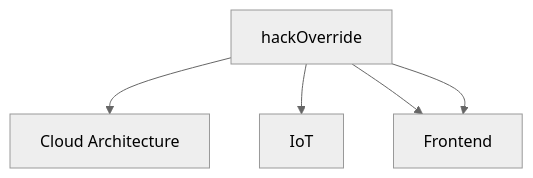
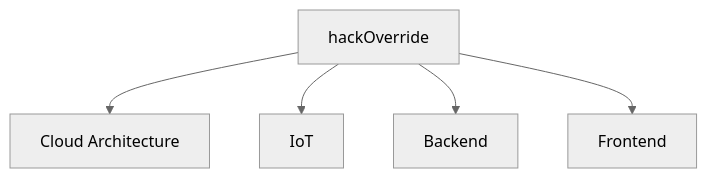
The diagram in README.md (hackoverride/hackoverride), drawn with Mermaid (neutral theme) before and after one commit.

````diff
--- a/README.md
+++ b/README.md
@@ -3,7 +3,7 @@
 ```mermaid
   graph TD;
       A[hackOverride]-->B[Cloud Architecture];
       A-->C[IoT];
       A-->D[Backend];
-      A-->D[Frontend];
+      A-->E[Frontend];
 ```
````
